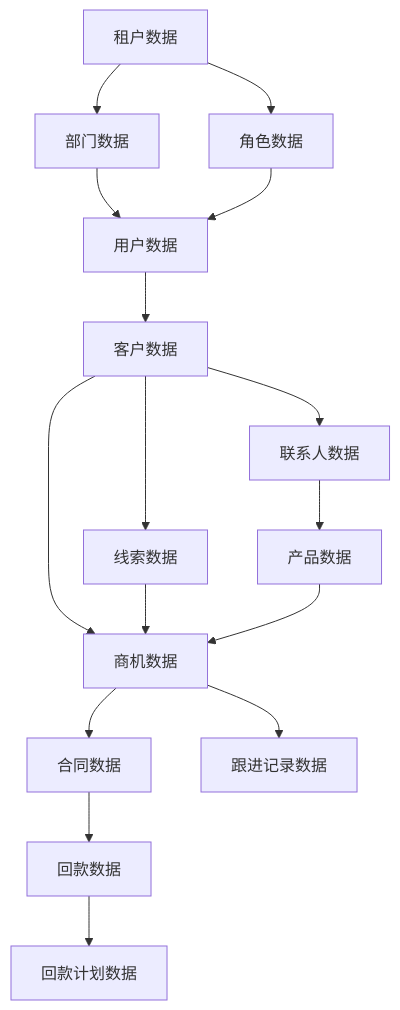
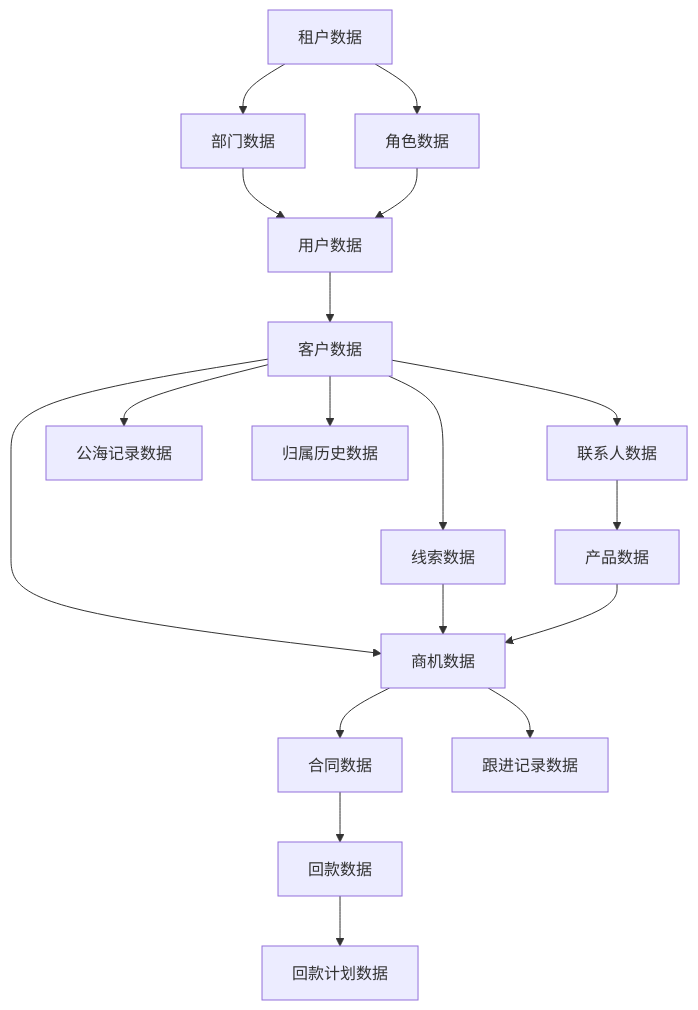
The second of 2 diagrams in docs/00-requirements/workorder/23计2-安炳琨-202305567126-测试数据方案文档.md (twj-programmer/R-U-I), drawn with Mermaid before and after one commit. The commit also changed other lines of this file and 2 other files, not shown here.

````diff
--- a/docs/00-requirements/workorder/23计2-安炳琨-202305567126-测试数据方案文档.md
+++ b/docs/00-requirements/workorder/23计2-安炳琨-202305567126-测试数据方案文档.md
@@ -218,18 +288,20 @@
 ```mermaid
 flowchart TD
     A["租户数据"] --> B["部门数据"]
     A --> C["角色数据"]
     B --> D["用户数据"]
     C --> D
     D --> E["客户数据"]
     E --> F["联系人数据"]
     E --> G["线索数据"]
     F --> H["产品数据"]
     E --> I["商机数据"]
     G --> I
     H --> I
     I --> J["合同数据"]
     J --> K["回款数据"]
     K --> L["回款计划数据"]
     I --> M["跟进记录数据"]
+    E --> N["公海记录数据"]
+    E --> O["归属历史数据"]
 ```
````
